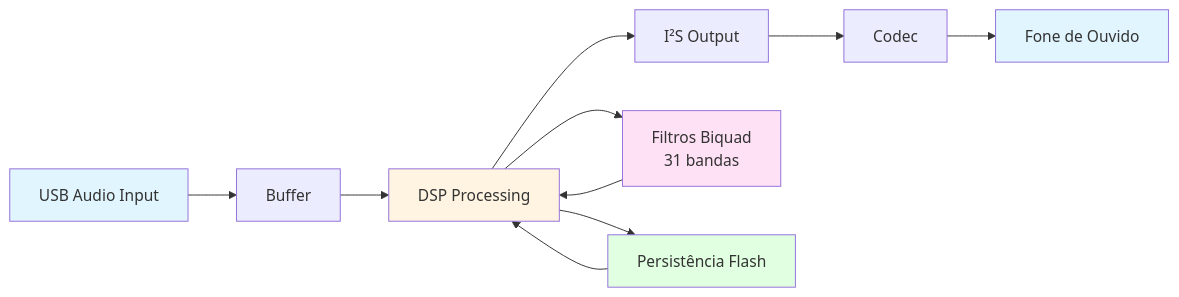
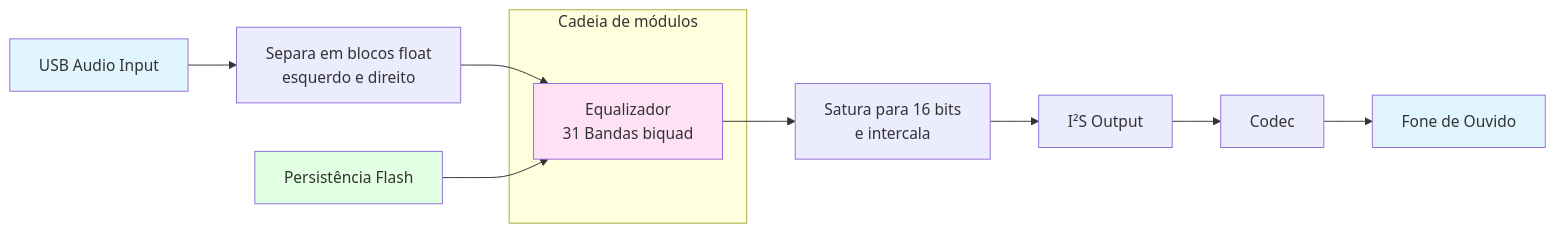
One commit to mclmorais/utfpr-el60c-tcc-otimizador-fones-v2 changed the diagram in README.md. Above: the diagram before and after it, drawn with Mermaid. The commit also changed other lines of this file and 11 other files, not shown here.

First line of the commit message:
Leva o Equalizador para a Cadeia de módulos

````diff
--- a/README.md
+++ b/README.md
@@ -309,18 +315,18 @@
 ```mermaid
 flowchart LR
-    A[USB Audio Input] --> B[Buffer]
-    B --> C[DSP Processing]
-    C --> D[I²S Output]
-    D --> E[Codec]
-    E --> F[Fone de Ouvido]
-    C --> G[Filtros Biquad<br/>31 bandas]
-    G --> C
-    C --> H[Persistência Flash]
-    H --> C
-    
+    A[USB Audio Input] --> B[Separa em blocos float<br/>esquerdo e direito]
+    subgraph Cadeia[Cadeia de módulos]
+        C[Equalizador<br/>31 Bandas biquad]
+    end
+    B --> C
+    C --> D[Satura para 16 bits<br/>e intercala]
+    D --> E[I²S Output]
+    E --> F[Codec]
+    F --> G[Fone de Ouvido]
+    H[Persistência Flash] --> C
+
     style A fill:#e1f5ff
-    style C fill:#fff4e1
-    style G fill:#ffe1f5
+    style C fill:#ffe1f5
     style H fill:#e1ffe1
-    style F fill:#e1f5ff
+    style G fill:#e1f5ff
 ```
````
